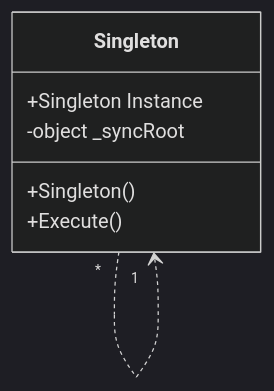
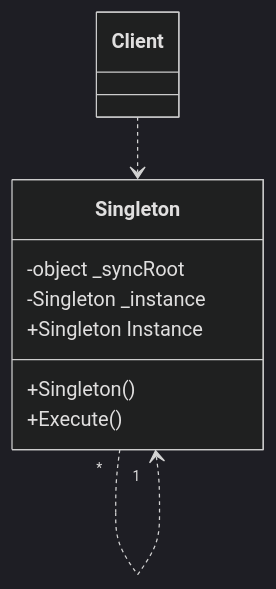
One commit to thunderstormwang/CodingNote changed the diagram in design_pattern/singleton.md. Above: the diagram before and after it, drawn with Mermaid (dark theme). The commit also changed other lines of this file and 5 other files, not shown here.

````diff
--- a/design_pattern/singleton.md
+++ b/design_pattern/singleton.md
@@ -7,11 +8,14 @@
 ```mermaid
 classDiagram
+class Client
 class Singleton {
+    -object _syncRoot
+    -Singleton _instance
     +Singleton Instance
-    -object _syncRoot
     +Singleton()
     +Execute()
 }
 
+Client ..> Singleton
 Singleton "*" ..> "1" Singleton
 ```
````
